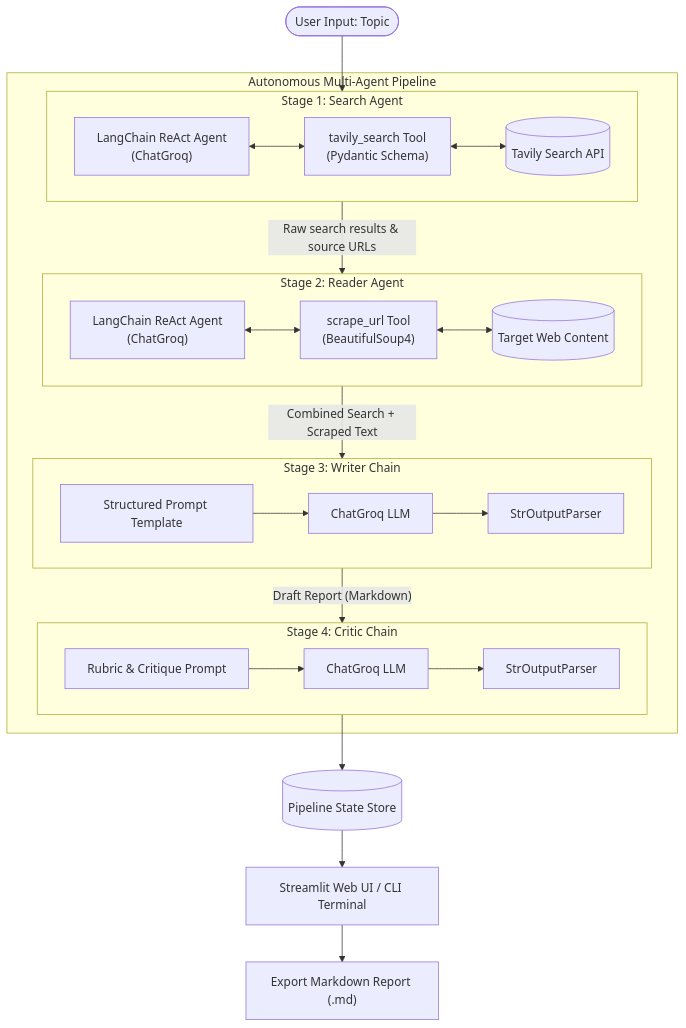
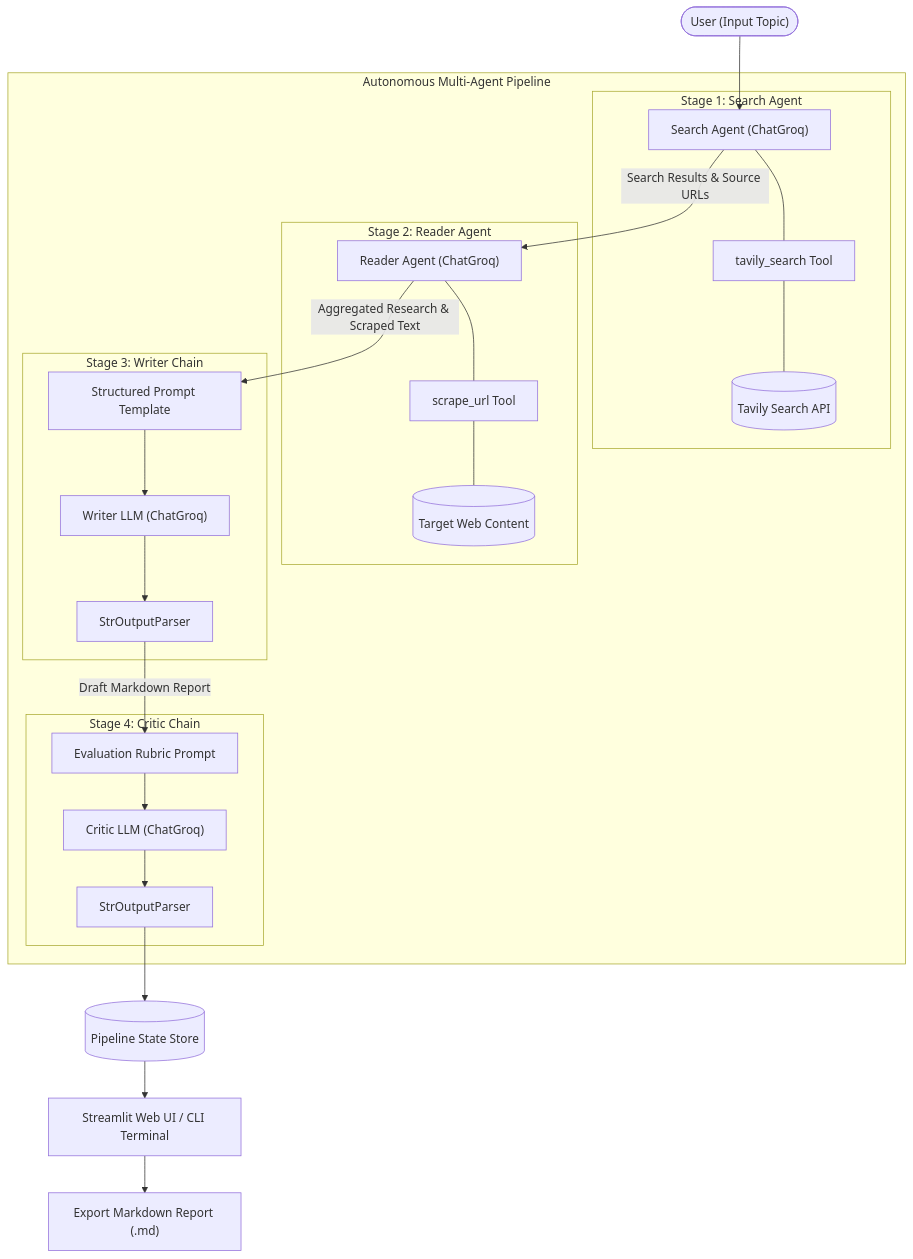
One commit to Vora-Namra/ResearchFlow changed the diagram in README.md. Above: the diagram before and after it, drawn with Mermaid.

Commit message:
fix diagram issue

````diff
--- a/README.md
+++ b/README.md
@@ -46,46 +46,46 @@
 ```mermaid
 flowchart TD
-    User([User Input: Topic]) --> Stage1
+    User(["User (Input Topic)"]) --> SA
 
     subgraph Pipeline ["Autonomous Multi-Agent Pipeline"]
         subgraph Stage1 ["Stage 1: Search Agent"]
-            SA["LangChain ReAct Agent<br>(ChatGroq)"]
-            TS["tavily_search Tool<br>(Pydantic Schema)"]
+            SA["Search Agent (ChatGroq)"]
+            TS["tavily_search Tool"]
             TavilyAPI[("Tavily Search API")]
-            SA <--> TS
-            TS <--> TavilyAPI
+            SA --- TS
+            TS --- TavilyAPI
         end
 
-        Stage1 -->|"Raw search results & source URLs"| Stage2
-
         subgraph Stage2 ["Stage 2: Reader Agent"]
-            RA["LangChain ReAct Agent<br>(ChatGroq)"]
-            SC["scrape_url Tool<br>(BeautifulSoup4)"]
+            RA["Reader Agent (ChatGroq)"]
+            SC["scrape_url Tool"]
             WebPage[("Target Web Content")]
-            RA <--> SC
-            SC <--> WebPage
+            RA --- SC
+            SC --- WebPage
         end
-
-        Stage2 -->|"Combined Search + Scraped Text"| Stage3
 
         subgraph Stage3 ["Stage 3: Writer Chain"]
             WP["Structured Prompt Template"]
-            WLLM["ChatGroq LLM"]
+            WLLM["Writer LLM (ChatGroq)"]
             WOut["StrOutputParser"]
-            WP --> WLLM --> WOut
+            WP --> WLLM
+            WLLM --> WOut
         end
 
-        Stage3 -->|"Draft Report (Markdown)"| Stage4
+        subgraph Stage4 ["Stage 4: Critic Chain"]
+            CP["Evaluation Rubric Prompt"]
+            CLLM["Critic LLM (ChatGroq)"]
+            COut["StrOutputParser"]
+            CP --> CLLM
+            CLLM --> COut
+        end
 
-        subgraph Stage4 ["Stage 4: Critic Chain"]
-            CP["Rubric & Critique Prompt"]
-            CLLM["ChatGroq LLM"]
-            COut["StrOutputParser"]
-            CP --> CLLM --> COut
-        end
+        SA -->|"Search Results & Source URLs"| RA
+        RA -->|"Aggregated Research & Scraped Text"| WP
+        WOut -->|"Draft Markdown Report"| CP
     end
 
-    Stage4 --> StateBundle[("Pipeline State Store")]
-    StateBundle --> UI["Streamlit Web UI / CLI Terminal"]
-    UI --> Downloader["Export Markdown Report (.md)"]
+    COut --> StateStore[("Pipeline State Store")]
+    StateStore --> UI["Streamlit Web UI / CLI Terminal"]
+    UI --> ExportDoc["Export Markdown Report (.md)"]
 ```
````
